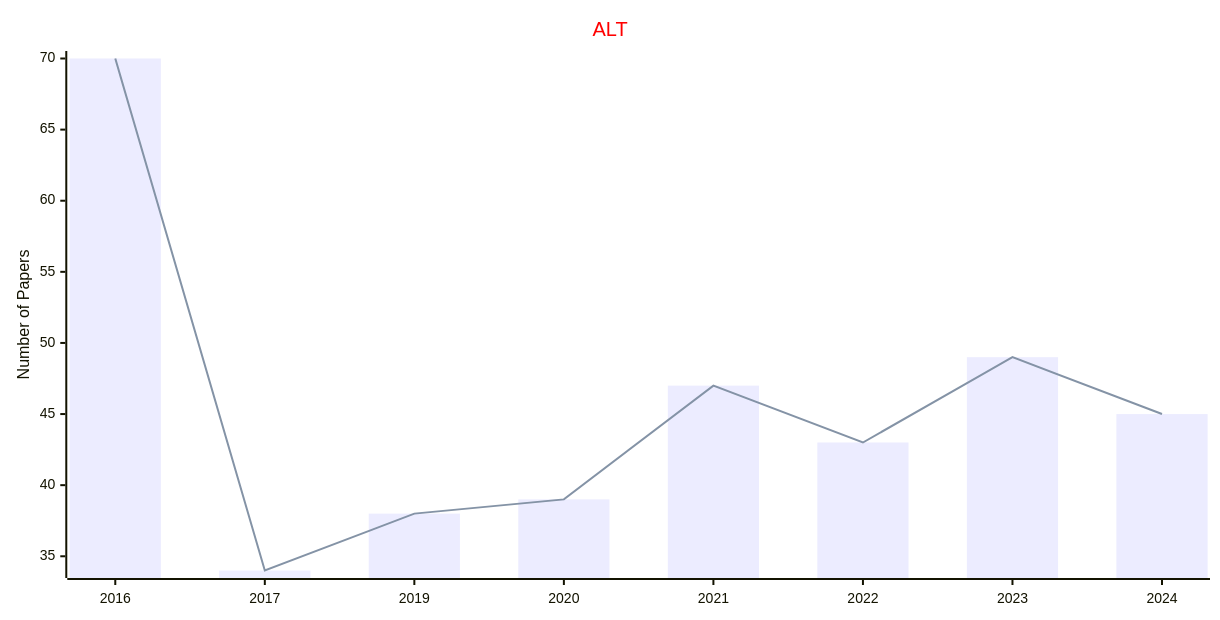
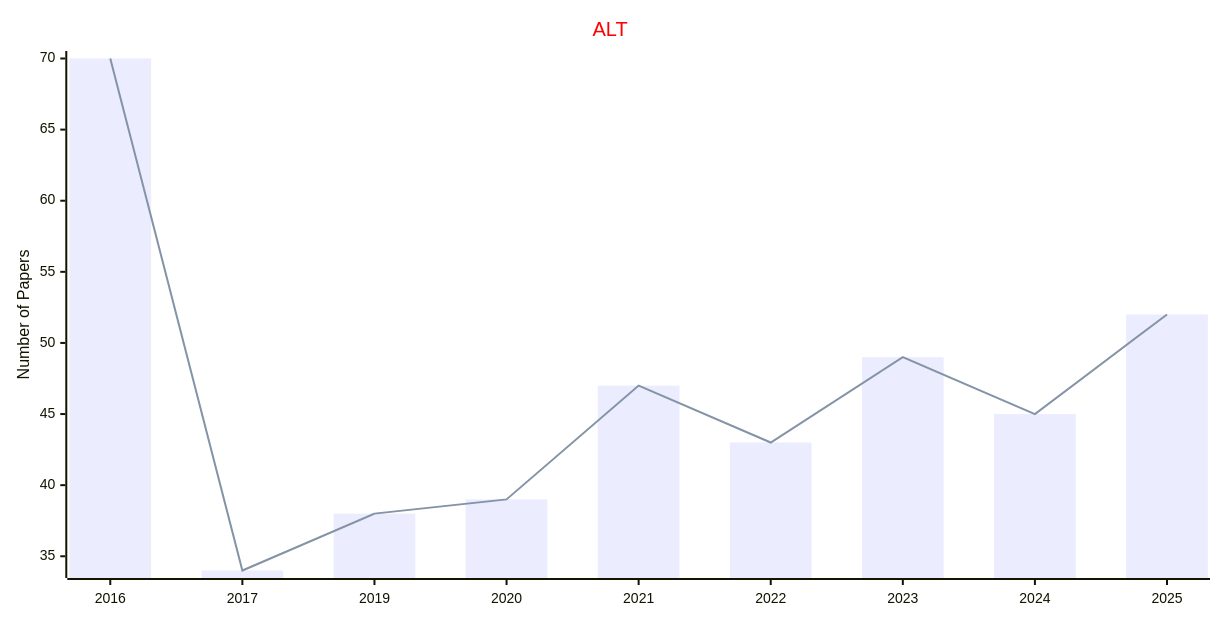
The first of 2 diagrams in docs/data/Conferences/Statistics_Conferences/Learning_Theory.md (NextArtifIntell/AILinks), drawn with Mermaid before and after one commit. The commit also changed other lines of this file and 13 other files, not shown here.

````diff
--- a/docs/data/Conferences/Statistics_Conferences/Learning_Theory.md
+++ b/docs/data/Conferences/Statistics_Conferences/Learning_Theory.md
@@ -9,17 +9,17 @@
 ```mermaid
 ---
 config:
     xyChart:
         width: 1200
         height: 600
     themeVariables:
         xyChart:
             titleColor: "#ff0000"
 ---
 xychart-beta
     title "ALT"
-    x-axis [2016, 2017, 2019, 2020, 2021, 2022, 2023, 2024]
+    x-axis [2016, 2017, 2019, 2020, 2021, 2022, 2023, 2024, 2025]
     y-axis "Number of Papers"
-    bar [70, 34, 38, 39, 47, 43, 49, 45]
-    line [70, 34, 38, 39, 47, 43, 49, 45]
+    bar [70, 34, 38, 39, 47, 43, 49, 45, 52]
+    line [70, 34, 38, 39, 47, 43, 49, 45, 52]
 ```
````
